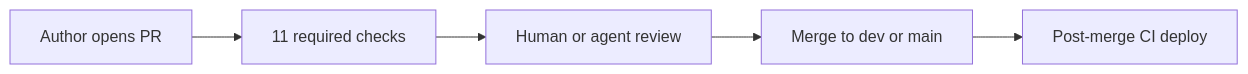
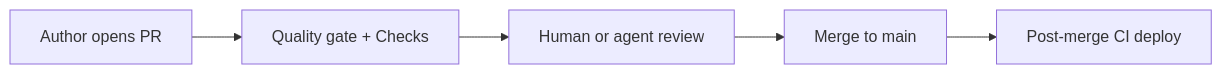
One commit to nikunjmavani/core-be changed the first of 2 diagrams in docs/process/pr-review.md. Above: the diagram before and after it, drawn with Mermaid. The commit also changed other lines of this file and 24 other files, not shown here.

First line of the commit message:
ci: single Quality gate aggregate + single-trunk cleanup (#879)

````diff
--- a/docs/process/pr-review.md
+++ b/docs/process/pr-review.md
@@ -19,7 +19,7 @@
 ```mermaid
 flowchart LR
-  Author[Author opens PR] --> CI[11 required checks]
+  Author[Author opens PR] --> CI[Quality gate + Checks]
   CI --> Review[Human or agent review]
-  Review --> Merge[Merge to dev or main]
+  Review --> Merge[Merge to main]
   Merge --> PostMerge[Post-merge CI deploy]
 ```
````
